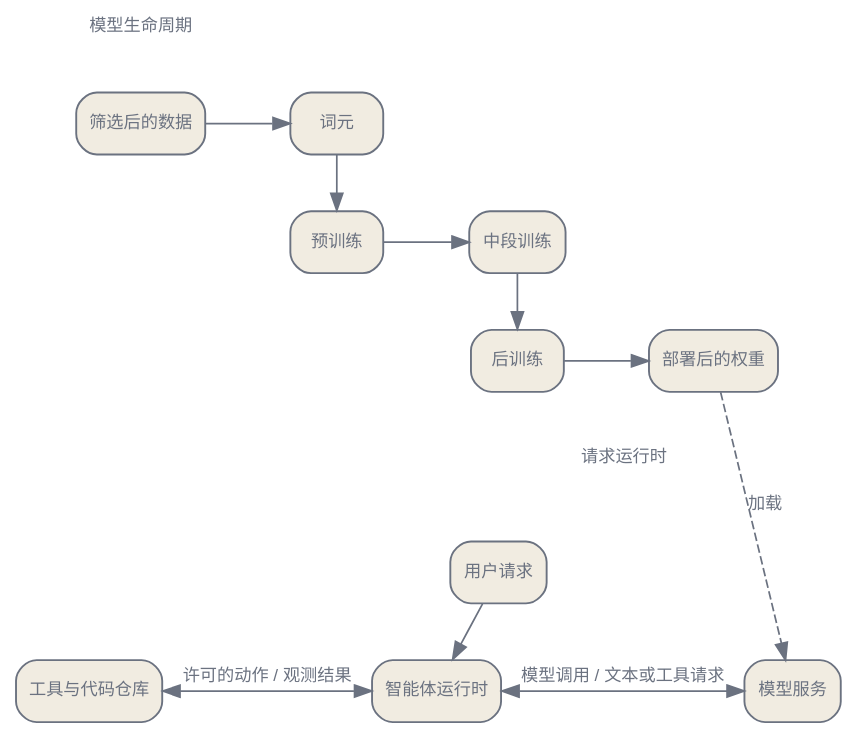
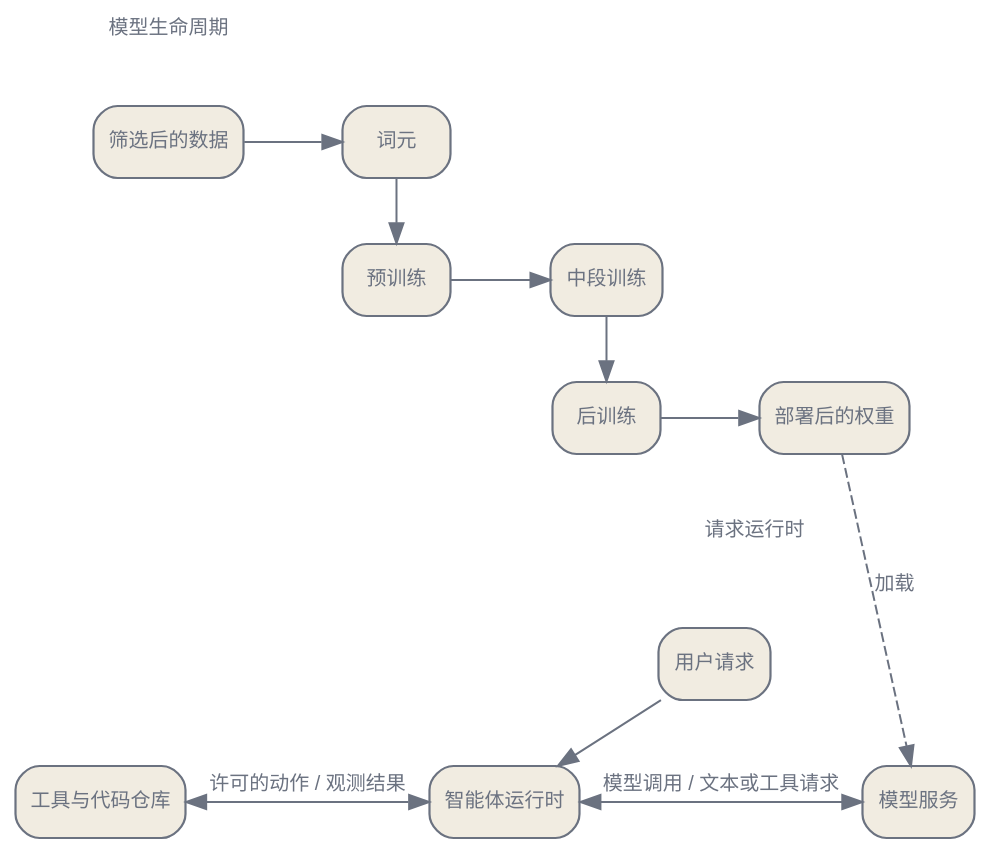
One commit to latere-ai/ai-as-an-infrastructure changed the first of 2 diagrams in zh/orientation/01-whole-stack.qmd. Above: the diagram before and after it, drawn with Graphviz. The commit also changed 3 other files, not shown here.

Commit message:
orientation: pipeline diagram fits the phone column with a shorter weights edge label

````diff
--- a/zh/orientation/01-whole-stack.qmd
+++ b/zh/orientation/01-whole-stack.qmd
@@ -55,41 +55,39 @@
 ```{dot}
 //| label: fig-whole-stack-pipeline
 //| fig-cap: "两条相互连接的路径。模型生命周期产出部署后的权重；运行期间，智能体向模型服务发送请求，并与工具和代码仓库交换动作与观测结果。"
 digraph {
   bgcolor="transparent";
   rankdir=TB;
-  size="6,5";
-  ratio=compress;
   nodesep=0.35; ranksep=0.45;
   node [shape=box, style="rounded,filled", fontname="Helvetica", fontsize=10, color="#6b7280", fontcolor="#6b7280", fillcolor="#f1ece1", penwidth=1.1];
   edge [fontsize=10, fontname="Helvetica", color="#6b7280", fontcolor="#6b7280"];
   LIFE [shape=plain, style="", label="模型生命周期", fontsize=10];
   subgraph build {
     D [label="筛选后的数据"];
     T [label="词元"];
     P [label="预训练"];
     M [label="中段训练"];
     A [label="后训练"];
     W [label="部署后的权重"];
     { rank=same; D; T; }
     { rank=same; P; M; }
     { rank=same; A; W; }
     D -> T -> P -> M -> A -> W;
   }
   RUN [shape=plain, style="", label="请求运行时", fontsize=10];
   subgraph run {
     U [label="用户请求"];
     G [label="智能体运行时"];
     S [label="模型服务"];
     E [label="工具与代码仓库"];
     { rank=same; E; G; S; }
     U -> G;
     G -> S [dir=both, label="模型调用 / 文本或工具请求"];
     E -> G [dir=both, label="许可的动作 / 观测结果"];
   }
   LIFE -> D [style=invis];
   W -> RUN [style=invis];
   RUN -> U [style=invis];
   W -> S [style=dashed, label="加载"];
 }
 ```
````
